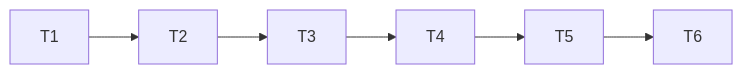
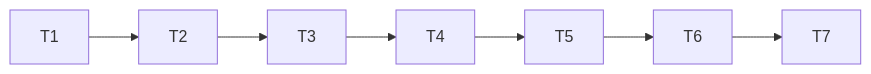
The diagram in .specs/features/order-timeline/tasks.md (romulosutil/crm-silmer), drawn with Mermaid before and after one commit. The commit also changed other lines of this file and 5 other files, not shown here.

Commit message:
docs(orders): reconcile timeline RFC with current master [DTL-T07]

````diff
--- a/.specs/features/order-timeline/tasks.md
+++ b/.specs/features/order-timeline/tasks.md
@@ -29,8 +29,9 @@
 ```mermaid
 flowchart LR
   T1 --> T2
   T2 --> T3
   T3 --> T4
   T4 --> T5
   T5 --> T6
+  T6 --> T7
 ```
````
